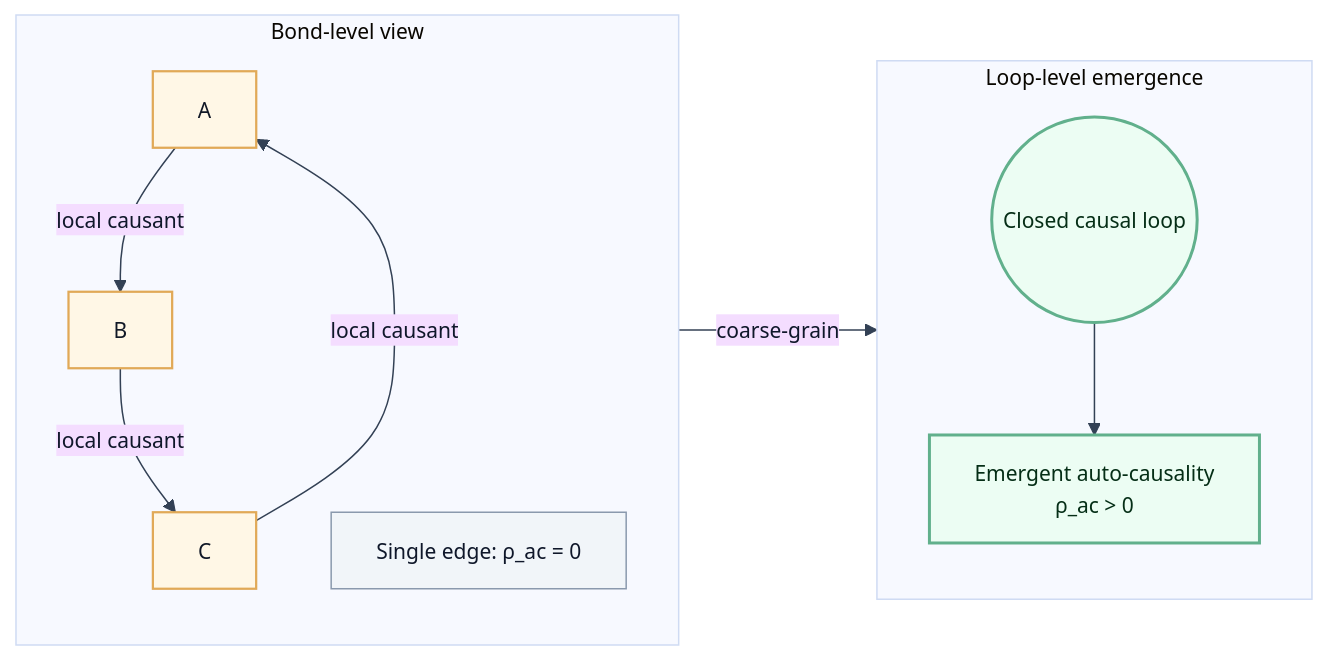
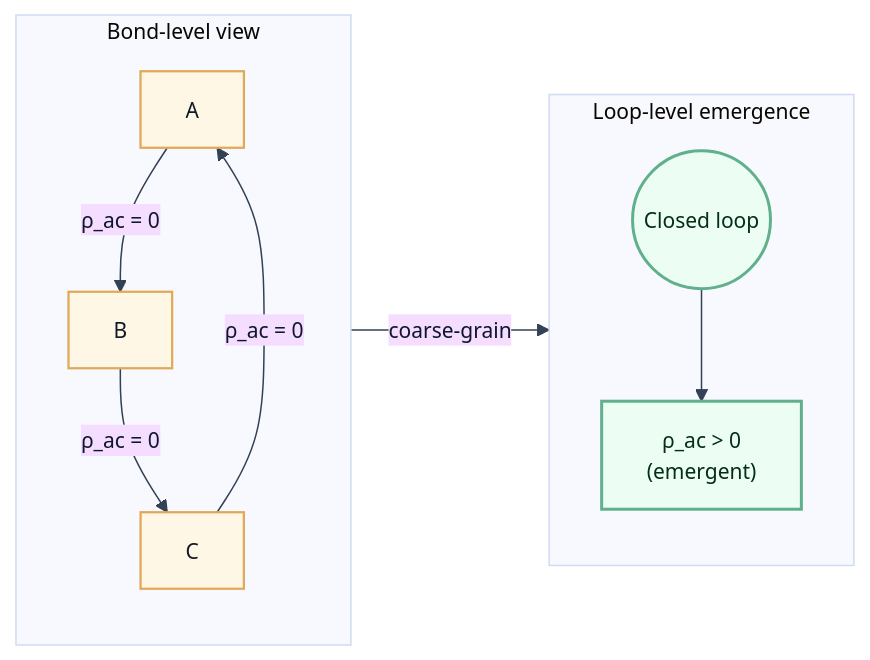
Before and after one commit to ianderrington/epiphysics: the second of 3 diagrams in docs/theory/01_5_causants.md, drawn with Mermaid. The commit also changed other lines of this file, not shown here.

````diff
--- a/docs/theory/01_5_causants.md
+++ b/docs/theory/01_5_causants.md
@@ -163,29 +207,26 @@
 ```mermaid
 %%{init: {'theme': 'base', 'themeVariables': { 'primaryTextColor': '#0F172A', 'lineColor': '#334155', 'fontSize': '14px'}}}%%
 flowchart LR
   subgraph Micro[Bond-level view]
     A1[A]
     B1[B]
     C1[C]
-    A1 -->|local causant| B1
-    B1 -->|local causant| C1
-    C1 -->|local causant| A1
-    Z1["Single edge: ρ_ac = 0"]
+    A1 -->|ρ_ac = 0| B1
+    B1 -->|ρ_ac = 0| C1
+    C1 -->|ρ_ac = 0| A1
   end
 
   subgraph Macro[Loop-level emergence]
-    L((Closed causal loop))
-    RAC["Emergent auto-causality\nρ_ac > 0"]
+    L((Closed loop))
+    RAC["ρ_ac > 0\n(emergent)"]
     L --> RAC
   end
 
   Micro -->|coarse-grain| Macro
 
   classDef micro fill:#FFF7E6,stroke:#E1A957,stroke-width:1.5px,color:#111827;
   classDef macro fill:#ECFDF3,stroke:#61B08C,stroke-width:2px,color:#052E16;
-  classDef note fill:#F1F5F9,stroke:#8A99AD,stroke-width:1px,color:#0F172A;
 
   class A1,B1,C1 micro;
   class L,RAC macro;
-  class Z1 note;
 ```
````
